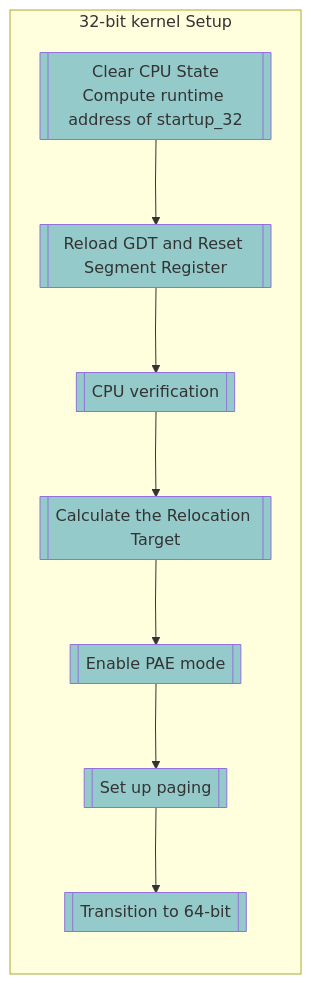
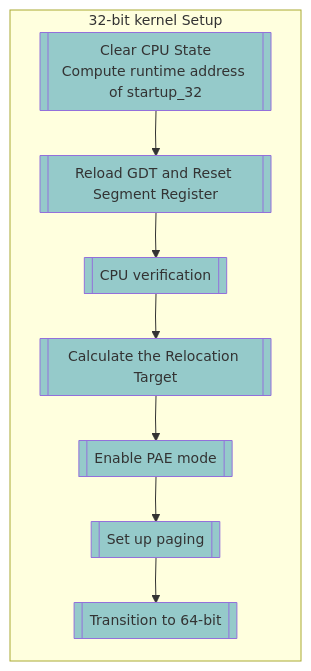
The third of 5 diagrams in README.md (Jingyu1998/x86-64-linux-bootup), drawn with Mermaid before and after one commit. The commit also changed other lines of this file, not shown here.

Commit message:
Update Mermaid Attribute in README.md

````diff
--- a/README.md
+++ b/README.md
@@ -192,32 +192,32 @@
 ```mermaid
 %%{init: {
   'flowchart': { 
     'nodeSpacing': 40, 
-    'rankSpacing': 60,
+    'rankSpacing': 20,
     'curve': 'linear'
   },
   'themeVariables': {
-    'fontSize': '16px',
+    'fontSize': '14px',
     'fontFamily': 'monospace'
   }
 }}%%
 flowchart TD
     %% Define Styles
     classDef StringNode fill:#95CACA
 
     %% Subgraph 
     subgraph 32-bit kernel Setup
         direction TB
         string1[["Clear CPU State<br/>Compute runtime address of startup_32"]]:::StringNode
         string2[["Reload GDT and Reset Segment Register"]]:::StringNode
         string3[["CPU verification"]]:::StringNode
         string4[["Calculate the Relocation Target"]]:::StringNode
         string5[["Enable PAE mode"]]:::StringNode
         string6[["Set up paging"]]:::StringNode
         string7[["Transition to 64-bit"]]:::StringNode
         
         %% Connection
         string1 --> string2 --> string3 --> string4  
         string4 --> string5 --> string6 --> string7 
     end
 ```
````
